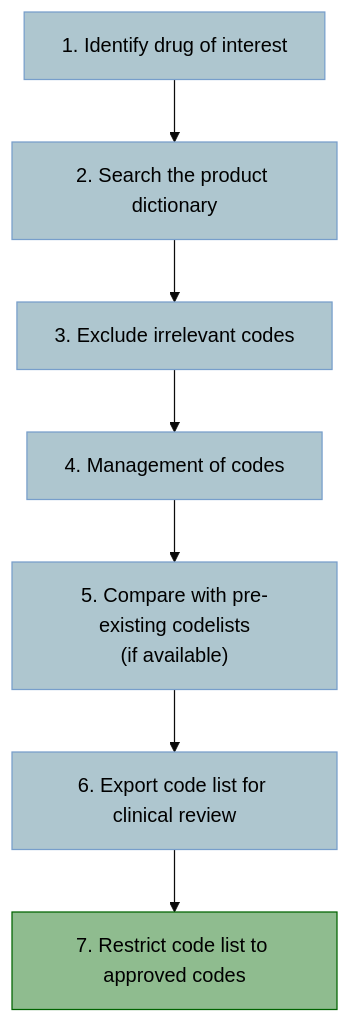
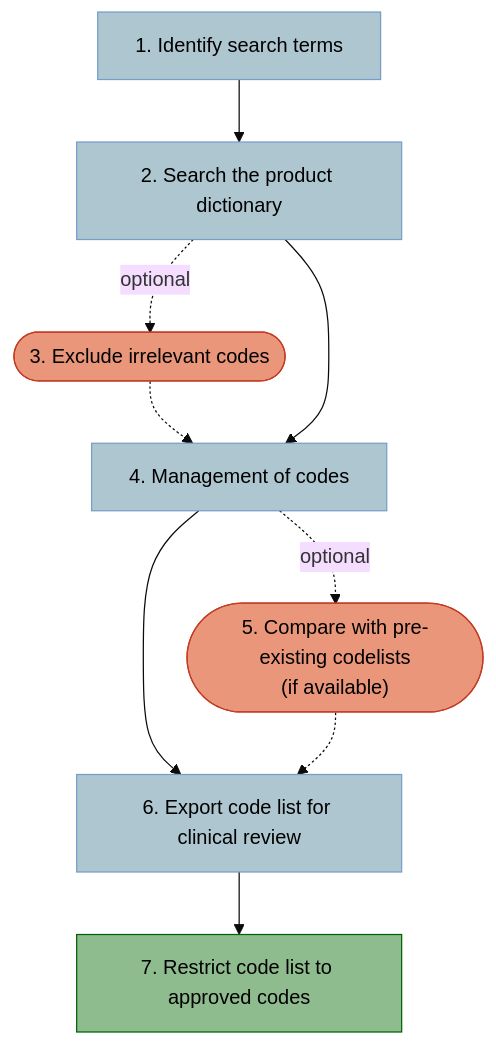
One commit to NHLI-Respiratory-Epi/drug-codelist-creation changed the diagram in README.md. Above: the diagram before and after it, drawn with Mermaid (base theme). The commit also changed other lines of this file, not shown here.

````diff
--- a/README.md
+++ b/README.md
@@ -27,19 +28,22 @@
 ```mermaid
 flowchart TD
-    A[1. Identify drug of interest] --> B[2. Search the product dictionary]
-    B --> C[3. Exclude irrelevant codes]
-    C --> D[4. Management of codes]
-    D --> E["5. Compare with pre-existing codelists
-(if available)"]
-    E --> F[6. Export code list for clinical review]
+    A[1. Identify search terms] --> B[2. Search the product dictionary]
+    B -. optional .-> C([3. Exclude irrelevant codes])
+    C -.-> D
+    B --> D[4. Management of codes]
+    D -. optional .-> E(["5. Compare with pre-existing codelists
+(if available)"])
+    D --> F
+    E -.-> F[6. Export code list for clinical review]
     F --> G[7. Restrict code list to approved codes]
     A:::step
     B:::step
-    C:::step
+    C:::optional
     D:::step
-    E:::step
+    E:::optional
     F:::step
     G:::final
     classDef step color:black, fill:#aec6cf, stroke:#779ecb
+    classDef optional color:black, fill:#e9967a, stroke:#c23b22
     classDef final color:black, fill:#8fbc8f, stroke:#006400
 ```
````
